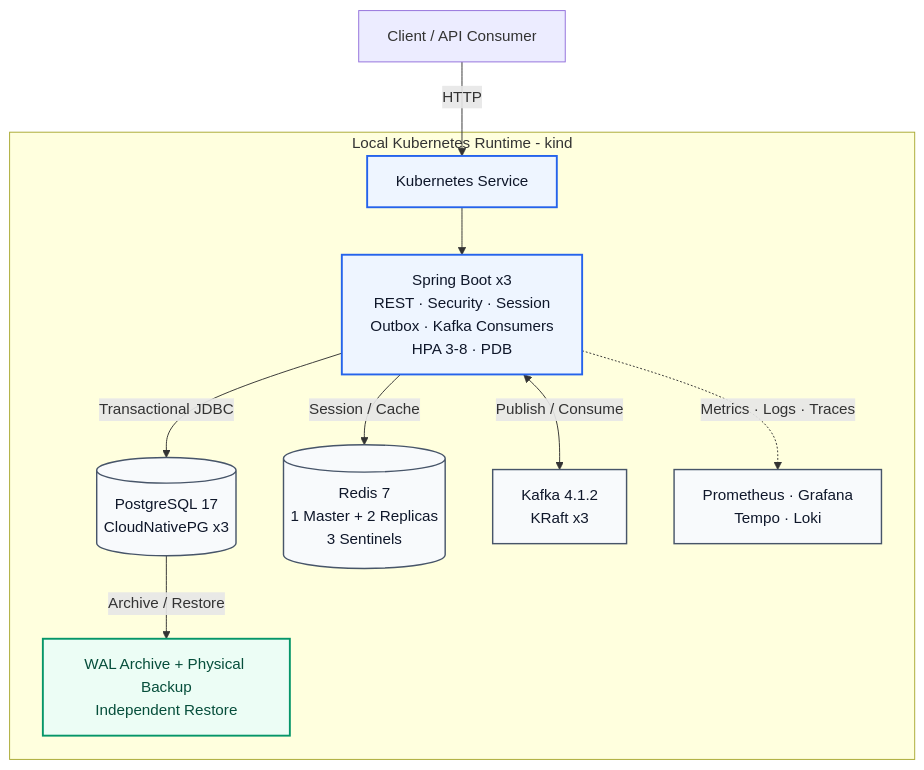
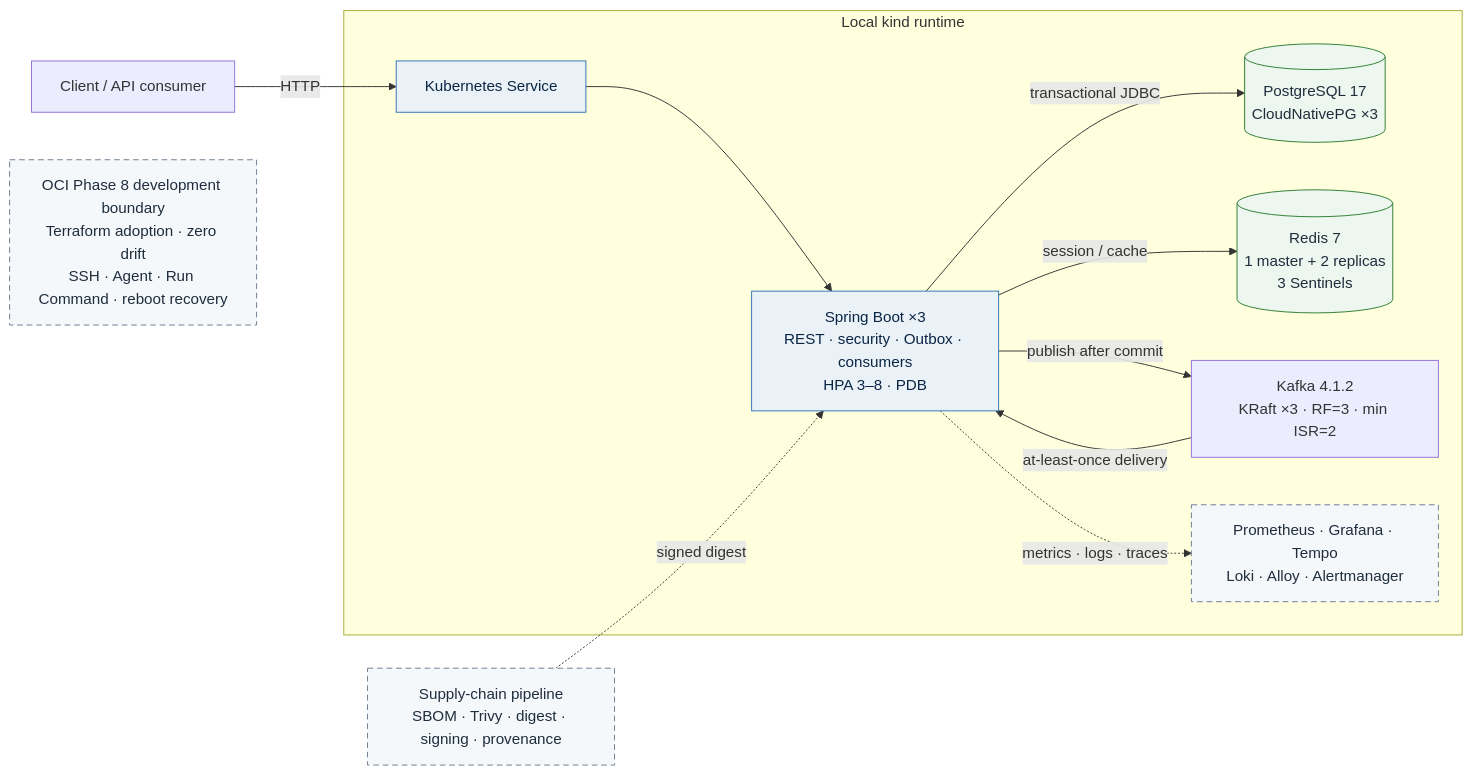
One commit to ravan-chuang/spring-boot-ecommerce-backend changed the first of 3 diagrams in README.md. Above: the diagram before and after it, drawn with Mermaid. The commit also changed other lines of this file and 1 other file, not shown here.

Commit message:
docs: refine Phase 8 evidence documentation (#43)

````diff
--- a/README.md
+++ b/README.md
@@ -55,29 +69,23 @@
 ```mermaid
-flowchart TB
-    Client["Client / API Consumer"]
+flowchart LR
+    Client["Client / API consumer"] -->|HTTP| Service["Kubernetes Service"]
 
-    subgraph K8s["Local Kubernetes Runtime - kind"]
-        Service["Kubernetes Service"]
-        App["Spring Boot x3<br/>REST · Security · Session<br/>Outbox · Kafka Consumers<br/>HPA 3-8 · PDB"]
-
-        PG[("PostgreSQL 17<br/>CloudNativePG x3")]
-        Redis[("Redis 7<br/>1 Master + 2 Replicas<br/>3 Sentinels")]
-        Kafka["Kafka 4.1.2<br/>KRaft x3"]
-        Backup["WAL Archive + Physical Backup<br/>Independent Restore"]
-        Obs["Prometheus · Grafana<br/>Tempo · Loki"]
+    subgraph Runtime["Local kind runtime"]
+        Service --> App["Spring Boot ×3<br/>REST · security · Outbox · consumers<br/>HPA 3–8 · PDB"]
+        App -->|transactional JDBC| PG[("PostgreSQL 17<br/>CloudNativePG ×3")]
+        App -->|session / cache| Redis[("Redis 7<br/>1 master + 2 replicas<br/>3 Sentinels")]
+        App -->|publish after commit| Kafka["Kafka 4.1.2<br/>KRaft ×3 · RF=3 · min ISR=2"]
+        Kafka -->|at-least-once delivery| App
+        App -.->|metrics · logs · traces| Obs["Prometheus · Grafana · Tempo<br/>Loki · Alloy · Alertmanager"]
     end
 
-    Client -->|HTTP| Service --> App
-    App -->|Transactional JDBC| PG
-    App -->|Session / Cache| Redis
-    App <-->|Publish / Consume| Kafka
-    App -.->|Metrics · Logs · Traces| Obs
-    PG -->|Archive / Restore| Backup
+    Supply["Supply-chain pipeline<br/>SBOM · Trivy · digest · signing · provenance"] -.->|signed digest| App
+    OCI["OCI Phase 8 development boundary<br/>Terraform adoption · zero drift<br/>SSH · Agent · Run Command · reboot recovery"]
 
-    classDef app fill:#eef5ff,stroke:#2563eb,stroke-width:2px,color:#0f172a;
-    classDef state fill:#f8fafc,stroke:#475569,stroke-width:1.5px,color:#0f172a;
-    classDef recover fill:#ecfdf5,stroke:#059669,stroke-width:2px,color:#064e3b;
-    class Service,App app;
-    class PG,Redis,Kafka,Obs state;
-    class Backup recover;
+    classDef runtime fill:#eaf2f8,stroke:#2e74b5,color:#0b2545;
+    classDef data fill:#edf7ef,stroke:#2e7d32,color:#1f2d3d;
+    classDef control fill:#f5f8fb,stroke:#6b7c8f,color:#1f2d3d,stroke-dasharray:6 4;
+    class App,Service runtime;
+    class PG,Redis data;
+    class Supply,OCI,Obs control;
 ```
````
